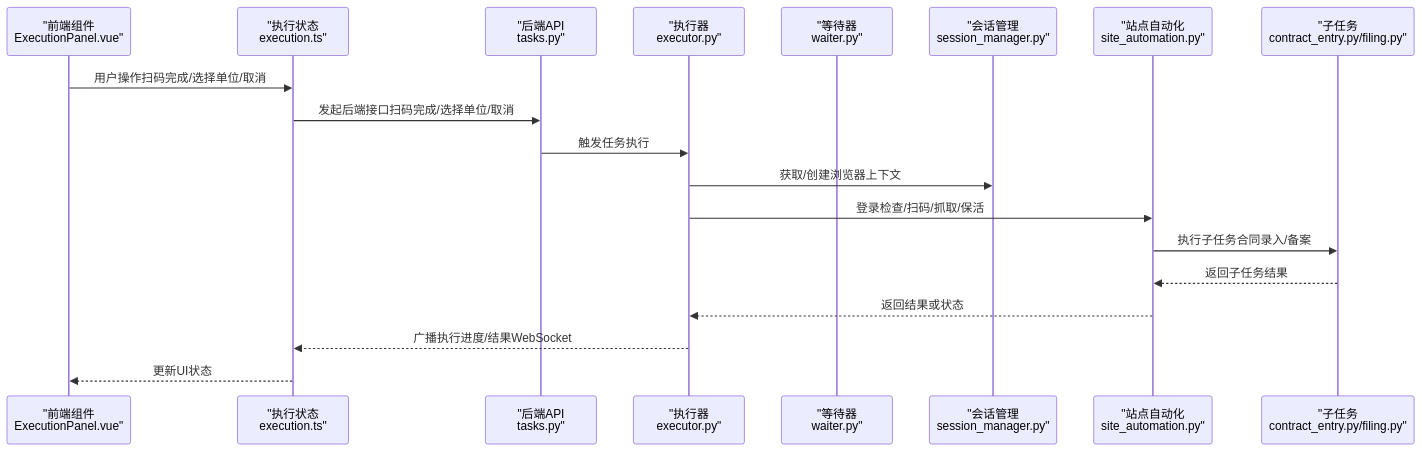
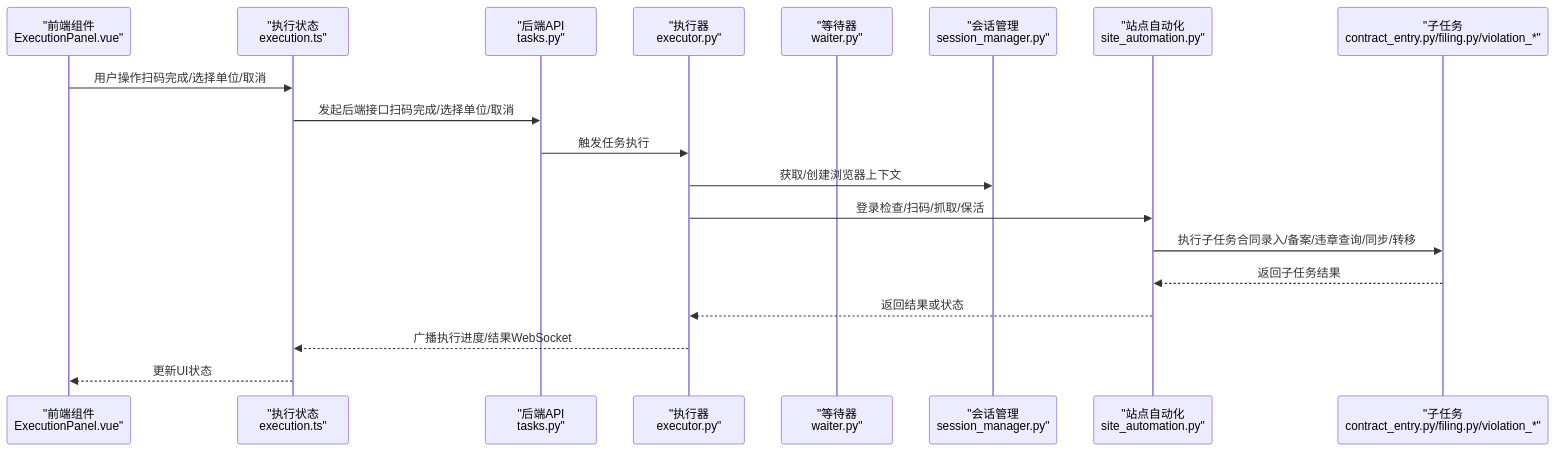
Before and after one commit to onebody/ccclubs_AI_RPA: the second of 13 diagrams in .qoder/repowiki/zh/content/浏览器自动化/浏览器自动化.md, drawn with Mermaid. The commit also changed other lines of this file and 5 other files, not shown here.

````diff
--- a/.qoder/repowiki/zh/content/浏览器自动化/浏览器自动化.md
+++ b/.qoder/repowiki/zh/content/浏览器自动化/浏览器自动化.md
@@ -127,21 +138,21 @@
 ```mermaid
 sequenceDiagram
 participant FE as "前端组件<br/>ExecutionPanel.vue"
 participant Store as "执行状态<br/>execution.ts"
 participant API as "后端API<br/>tasks.py"
 participant Exec as "执行器<br/>executor.py"
 participant Wait as "等待器<br/>waiter.py"
 participant SM as "会话管理<br/>session_manager.py"
 participant SA as "站点自动化<br/>site_automation.py"
-participant ST as "子任务<br/>contract_entry.py/filing.py"
+participant ST as "子任务<br/>contract_entry.py/filing.py/violation_*"
 FE->>Store : 用户操作扫码完成/选择单位/取消
 Store->>API : 发起后端接口扫码完成/选择单位/取消
 API->>Exec : 触发任务执行
 Exec->>SM : 获取/创建浏览器上下文
 Exec->>SA : 登录检查/扫码/抓取/保活
-SA->>ST : 执行子任务合同录入/备案
+SA->>ST : 执行子任务合同录入/备案/违章查询/同步/转移
 ST-->>SA : 返回子任务结果
 SA-->>Exec : 返回结果或状态
 Exec-->>Store : 广播执行进度/结果WebSocket
 Store-->>FE : 更新UI状态
 ```
````
